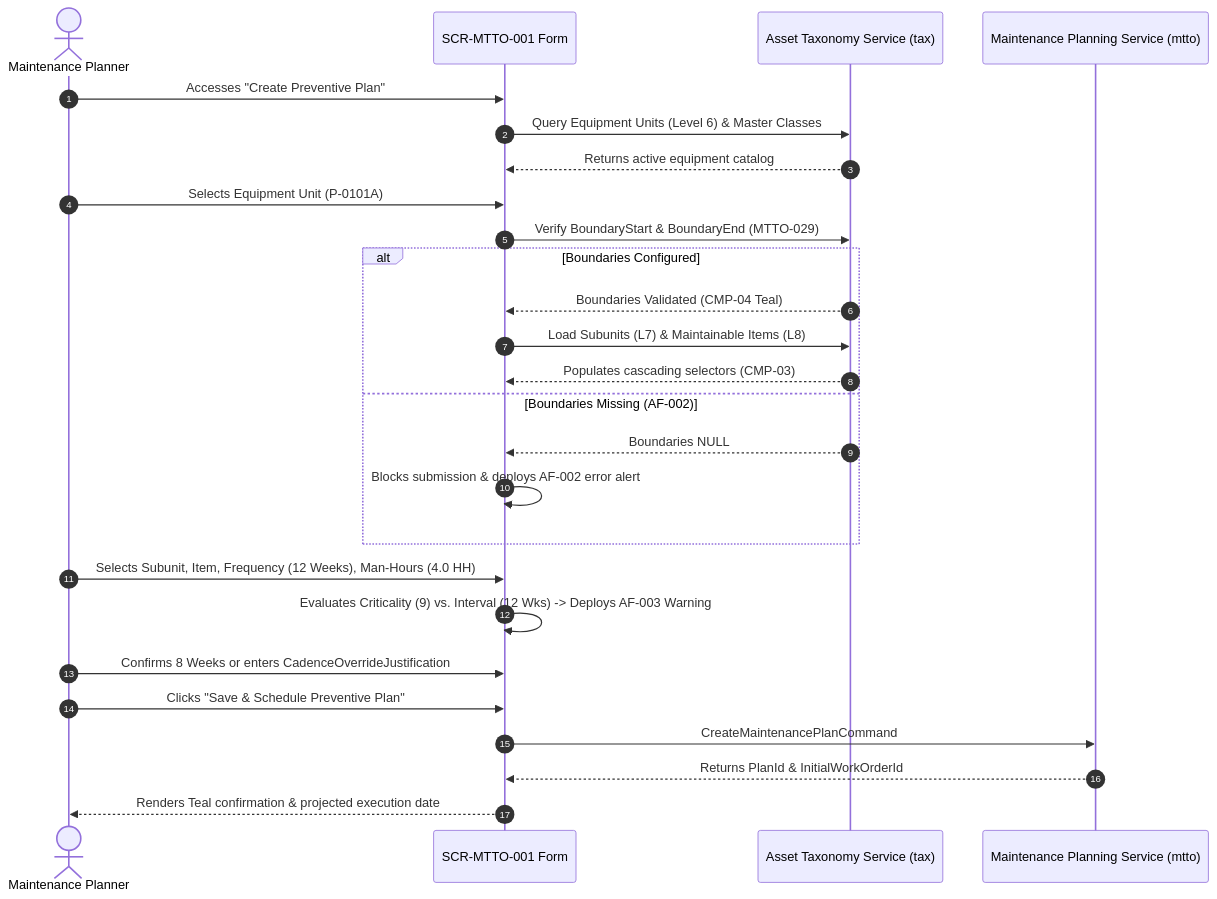
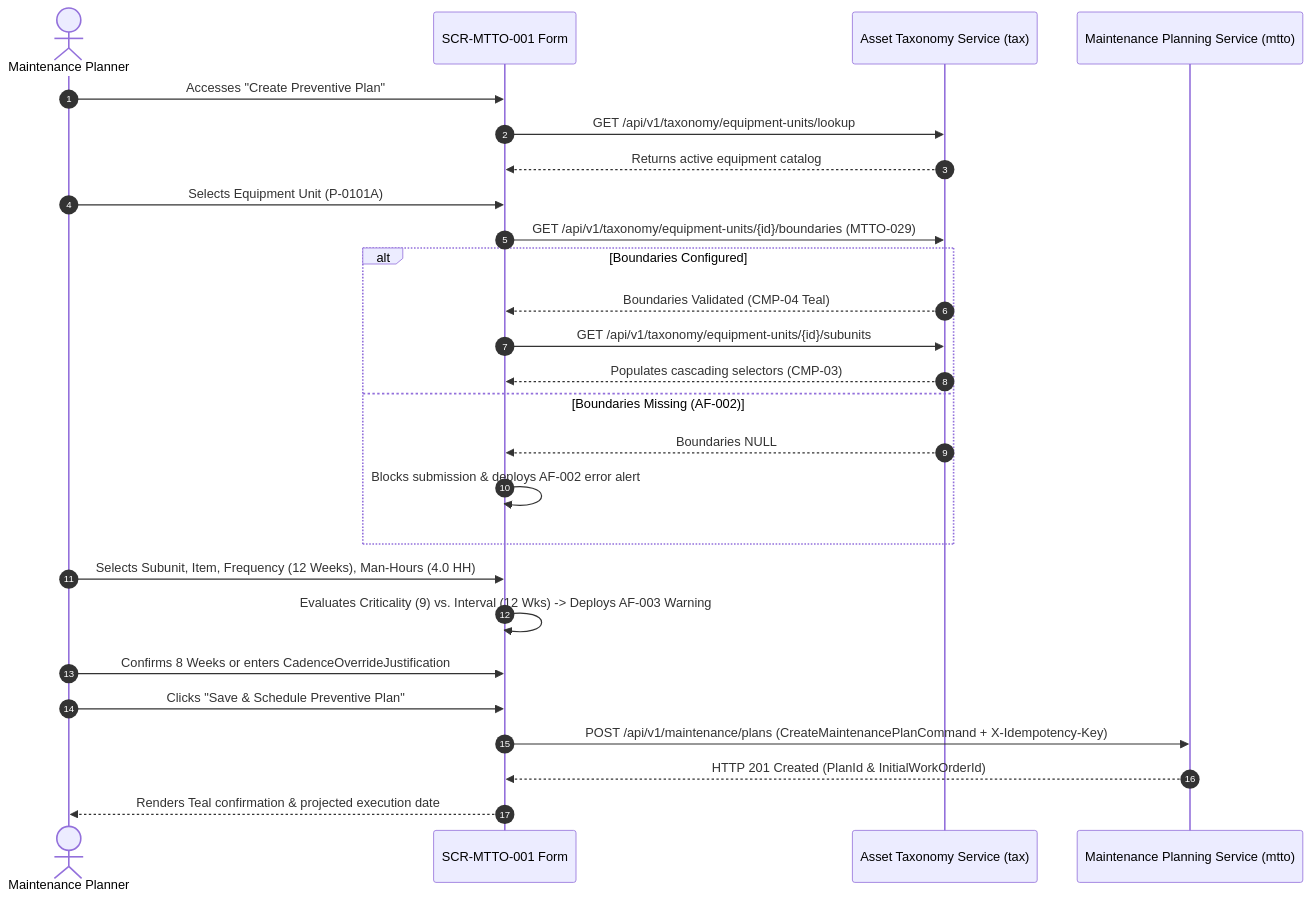
Before and after one commit to Novav20/adso-dteam-docs: the diagram in ui-ux/screens/mtto/SCR-MTTO-001.md, drawn with Mermaid. The commit also changed other lines of this file and 62 other files, not shown here.

Commit message:
docs(audit): close 32/33 pre-code findings (ADR-010, xmin ETag, X-Idempotency-Key, UC-INV-007 in SCR-INV-005, RBAC/tokens/API/SignalR; defer P2-M04)

````diff
--- a/ui-ux/screens/mtto/SCR-MTTO-001.md
+++ b/ui-ux/screens/mtto/SCR-MTTO-001.md
@@ -195,29 +195,29 @@
 ```mermaid
 sequenceDiagram
     autonumber
     actor Planner as Maintenance Planner
     participant UI as SCR-MTTO-001 Form
     participant TAX as Asset Taxonomy Service (tax)
     participant MTTO as Maintenance Planning Service (mtto)
 
     Planner->>UI: Accesses "Create Preventive Plan"
-    UI->>TAX: Query Equipment Units (Level 6) & Master Classes
+    UI->>TAX: GET /api/v1/taxonomy/equipment-units/lookup
     TAX-->>UI: Returns active equipment catalog
     Planner->>UI: Selects Equipment Unit (P-0101A)
-    UI->>TAX: Verify BoundaryStart & BoundaryEnd (MTTO-029)
+    UI->>TAX: GET /api/v1/taxonomy/equipment-units/{id}/boundaries (MTTO-029)
     alt Boundaries Configured
         TAX-->>UI: Boundaries Validated (CMP-04 Teal)
-        UI->>TAX: Load Subunits (L7) & Maintainable Items (L8)
+        UI->>TAX: GET /api/v1/taxonomy/equipment-units/{id}/subunits
         TAX-->>UI: Populates cascading selectors (CMP-03)
     else Boundaries Missing (AF-002)
         TAX-->>UI: Boundaries NULL
         UI->>UI: Blocks submission & deploys AF-002 error alert
     end
     Planner->>UI: Selects Subunit, Item, Frequency (12 Weeks), Man-Hours (4.0 HH)
     UI->>UI: Evaluates Criticality (9) vs. Interval (12 Wks) -> Deploys AF-003 Warning
     Planner->>UI: Confirms 8 Weeks or enters CadenceOverrideJustification
     Planner->>UI: Clicks "Save & Schedule Preventive Plan"
-    UI->>MTTO: CreateMaintenancePlanCommand
-    MTTO-->>UI: Returns PlanId & InitialWorkOrderId
+    UI->>MTTO: POST /api/v1/maintenance/plans (CreateMaintenancePlanCommand + X-Idempotency-Key)
+    MTTO-->>UI: HTTP 201 Created (PlanId & InitialWorkOrderId)
     UI-->>Planner: Renders Teal confirmation & projected execution date
 ```
````
